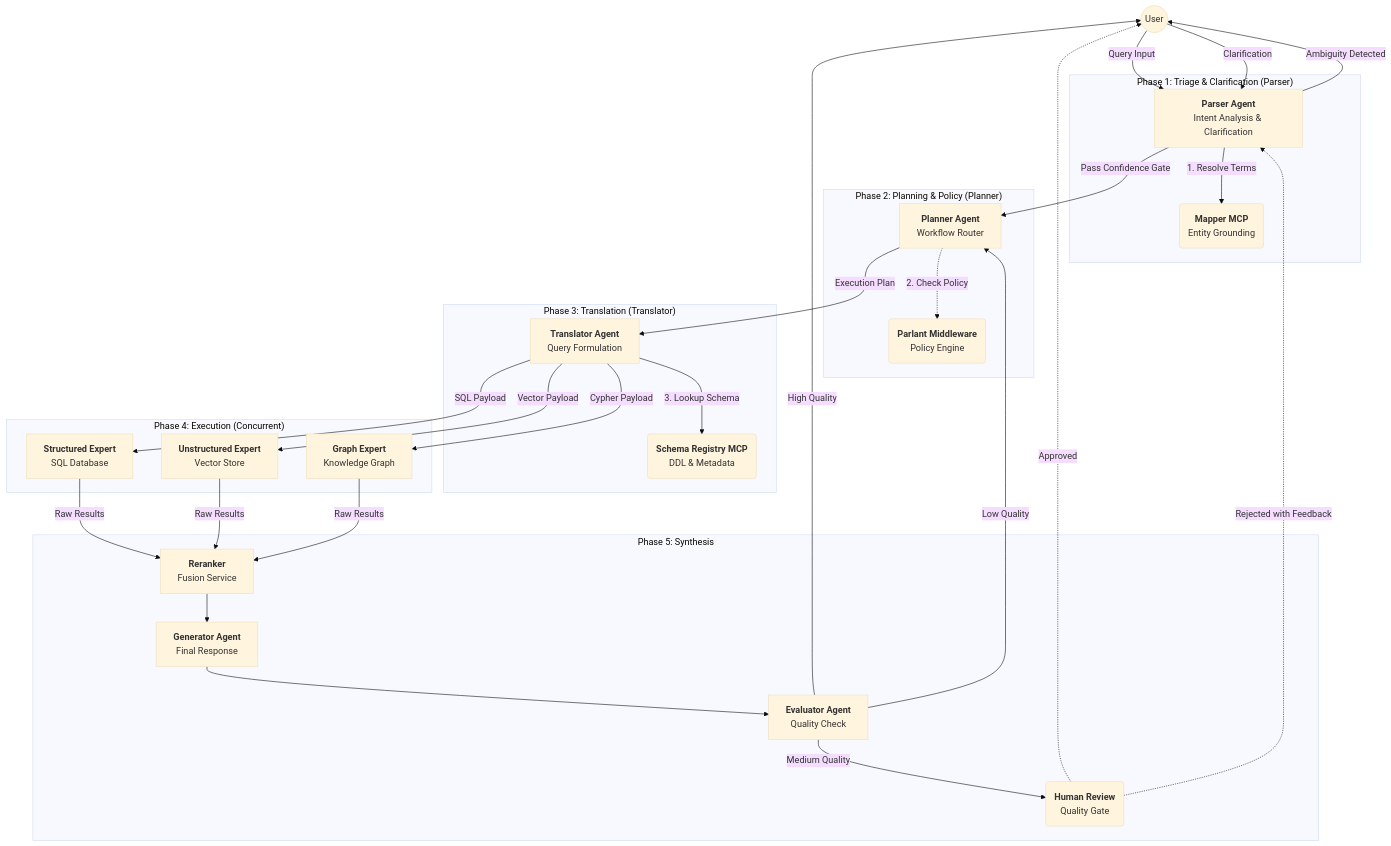
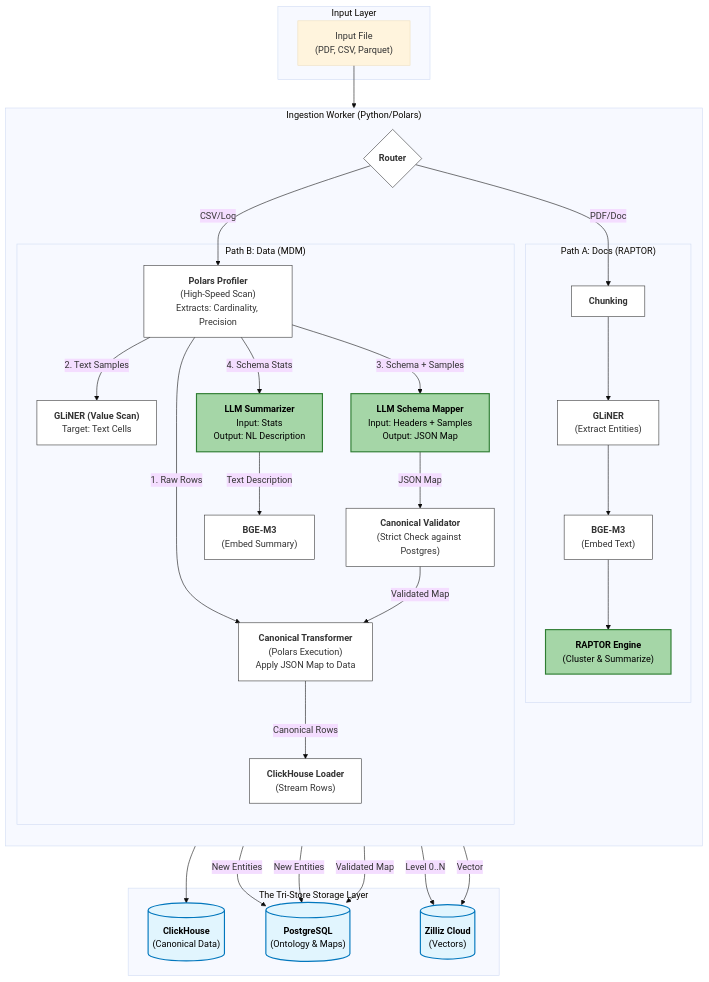
One commit to chris-han/copilot-kit-maf changed the second of 2 diagrams in .kiro/specs/mcp-multi-agent-rag/design.md. Above: the diagram before and after it, drawn with Mermaid (base theme). The commit also changed other lines of this file and 2 other files, not shown here.

````diff
--- a/.kiro/specs/mcp-multi-agent-rag/design.md
+++ b/.kiro/specs/mcp-multi-agent-rag/design.md
@@ -98,57 +408,74 @@
 ```mermaid
 graph TD
-    User((User))
+    %% Styling Definition
+    classDef llm fill:#A5D6A7,stroke:#2E7D32,stroke-width:2px,color:black;
+    classDef storage fill:#E1F5FE,stroke:#0277BD,stroke-width:2px,color:black;
+    classDef logic fill:#FFFFFF,stroke:#333,stroke-width:1px;
 
-    subgraph "Phase 1: Triage & Clarification (Parser)"
-        Parser[<B>Parser Agent</B><br/>Intent Analysis & Clarification]
-        Mapper( <B>Mapper MCP</B><br/>Entity Grounding )
-        Parser -->|1. Resolve Terms| Mapper
+    subgraph "Input Layer"
+        File["Input File<br/>(PDF, CSV, Parquet)"]
     end
 
-    subgraph "Phase 2: Planning & Policy (Planner)"
-        Planner[<B>Planner Agent</B><br/>Workflow Router]
-        Parlant( <B>Parlant Middleware</B><br/>Policy Engine )
-        Planner -.->|2. Check Policy| Parlant
+    subgraph "Ingestion Worker (Python/Polars)"
+        direction TB
+        Router{<B>Router</B>}:::logic
+
+        %% --- Path A: Unstructured ---
+        subgraph "Path A: Docs (RAPTOR)"
+            Chunker["<B>Chunking</B>"]:::logic
+            NER_Doc["<B>GLiNER</B><br/>(Extract Entities)"]:::logic
+            EmbedDoc["<B>BGE-M3</B><br/>(Embed Text)"]:::logic
+            RAPTOR["<B>RAPTOR Engine</B><br/>(Cluster & Summarize)"]:::llm
+        end
+
+        %% --- Path B: Structured ---
+        subgraph "Path B: Data (MDM)"
+            Profiler["<B>Polars Profiler</B><br/>(High-Speed Scan)<br/>Extracts: Cardinality, Precision"]:::logic
+            
+            %% Branch 2: Value Extraction
+            NER_Val["<B>GLiNER (Value Scan)</B><br/>Target: Text Cells"]:::logic
+            
+            %% Branch 3: Schema Mapping (MDM)
+            MapGen["<B>LLM Schema Mapper</B><br/>Input: Headers + Samples<br/>Output: JSON Map"]:::llm
+            Validator["<B>Canonical Validator</B><br/>(Strict Check against Postgres)"]:::logic
+            
+            Transformer["<B>Canonical Transformer</B><br/>(Polars Execution)<br/>Apply JSON Map to Data"]:::logic
+            Loader["<B>ClickHouse Loader</B><br/>(Stream Rows)"]:::logic
+            
+            %% Branch 4: Semantic Discovery
+            DescGen["<B>LLM Summarizer</B><br/>Input: Stats<br/>Output: NL Description"]:::llm
+            EmbedSchema["<B>BGE-M3</B><br/>(Embed Summary)"]:::logic
+        end
     end
 
-    subgraph "Phase 3: Translation (Translator)"
-        Translator[<B>Translator Agent</B><br/>Query Formulation]
-        Schema( <B>Schema Registry MCP</B><br/>DDL & Metadata )
-        Translator -->|3. Lookup Schema| Schema
+    subgraph "The Tri-Store Storage Layer"
+        CH[("<B>ClickHouse</B><br/>(Canonical Data)")]:::storage
+        PG[("<B>PostgreSQL</B><br/>(Ontology & Maps)")]:::storage
+        Zilliz[("<B>Zilliz Cloud</B><br/>(Vectors)")]:::storage
     end
 
-    subgraph "Phase 4: Execution (Concurrent)"
-        ExpertSQL[<B>Structured Expert</B><br/>SQL Database]
-        ExpertVec[<B>Unstructured Expert</B><br/>Vector Store]
-        ExpertGraph[<B>Graph Expert</B><br/>Knowledge Graph]
-    end
+    %% Routing
+    File --> Router
+    Router -->|"PDF/Doc"| Chunker
+    Router -->|"CSV/Log"| Profiler
 
-    subgraph "Phase 5: Synthesis"
-        Reranker[<B>Reranker</B><br/>Fusion Service]
-        Generator[<B>Generator Agent</B><br/>Final Response]
-        Evaluator[<B>Evaluator Agent</B><br/>Quality Check]
-        HumanReview( <B>Human Review</B><br/>Quality Gate )
-    end
+    %% Path A Flow
+    Chunker --> NER_Doc
+    NER_Doc -->|"New Entities"| PG
+    NER_Doc --> EmbedDoc --> RAPTOR -->|"Level 0..N"| Zilliz
 
-    %% PRIMARY WORKFLOW: Parser sole entry point
-    User -->|Query Input| Parser
-    Parser -->|Ambiguity Detected| User
-    User -->|Clarification| Parser
-    Parser -->|Pass Confidence Gate| Planner
-
-    %% Secondary workflow (only for rejected answers)
-    Planner -->|Execution Plan| Translator
-    Translator -->|SQL Payload| ExpertSQL
-    Translator -->|Vector Payload| ExpertVec
-    Translator -->|Cypher Payload| ExpertGraph
-
-    %% Fan-In & Synthesis
-    ExpertSQL & ExpertVec & ExpertGraph -->|Raw Results| Reranker
-    Reranker --> Generator
-    Generator --> Evaluator
-    Evaluator -->|High Quality| User
-    Evaluator -->|Medium Quality| HumanReview
-    Evaluator -->|Low Quality| Planner
-    HumanReview -.->|Approved| User
-    HumanReview -.->|Rejected with Feedback| Parser
+    %% Path B Flow
+    Profiler -->|"1. Raw Rows"| Transformer
+    Profiler -->|"2. Text Samples"| NER_Val -->|"New Entities"| PG
+    
+    %% MDM Mapping Flow
+    Profiler -->|"3. Schema + Samples"| MapGen
+    MapGen -->|"JSON Map"| Validator
+    Validator -->|"Validated Map"| PG
+    Validator -->|"Validated Map"| Transformer
+    Transformer -->|"Canonical Rows"| Loader --> CH
+    
+    %% Discovery Flow
+    Profiler -->|"4. Schema Stats"| DescGen
+    DescGen -->|"Text Description"| EmbedSchema -->|"Vector"| Zilliz
 ```
````
